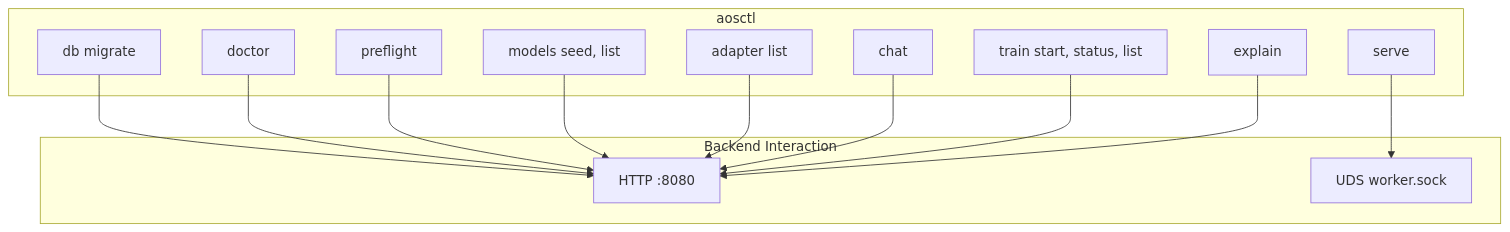
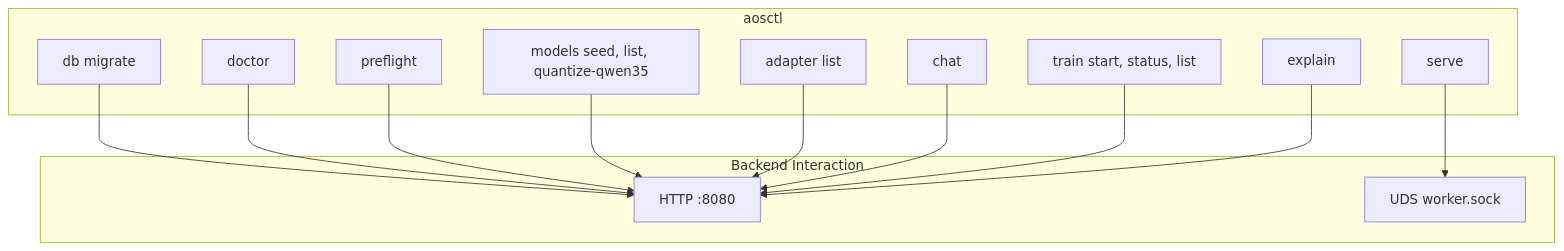
One commit to rogu3bear/adapter-os changed the diagram in docs/CLI_GUIDE.md. Above: the diagram before and after it, drawn with Mermaid. The commit also changed other lines of this file and 20 other files, not shown here.

Commit message:
feat(product): stabilize document-to-chat surfaces and qwen quantization flow

````diff
--- a/docs/CLI_GUIDE.md
+++ b/docs/CLI_GUIDE.md
@@ -18,29 +18,29 @@
 ```mermaid
 flowchart TB
     subgraph Top["aosctl"]
         DB["db migrate"]
         DOC["doctor"]
         PRE["preflight"]
-        MOD["models seed, list"]
+        MOD["models seed, list, quantize-qwen35"]
         AD["adapter list"]
         CHAT["chat"]
         SERVE["serve"]
         TRAIN["train start, status, list"]
         EXPLAIN["explain <code>"]
     end
 
     subgraph Backend["Backend Interaction"]
         API["HTTP :8080"]
         UDS["UDS worker.sock"]
     end
 
     DB --> API
     DOC --> API
     PRE --> API
     MOD --> API
     AD --> API
     CHAT --> API
     SERVE --> UDS
     TRAIN --> API
     EXPLAIN --> API
 ```
````
